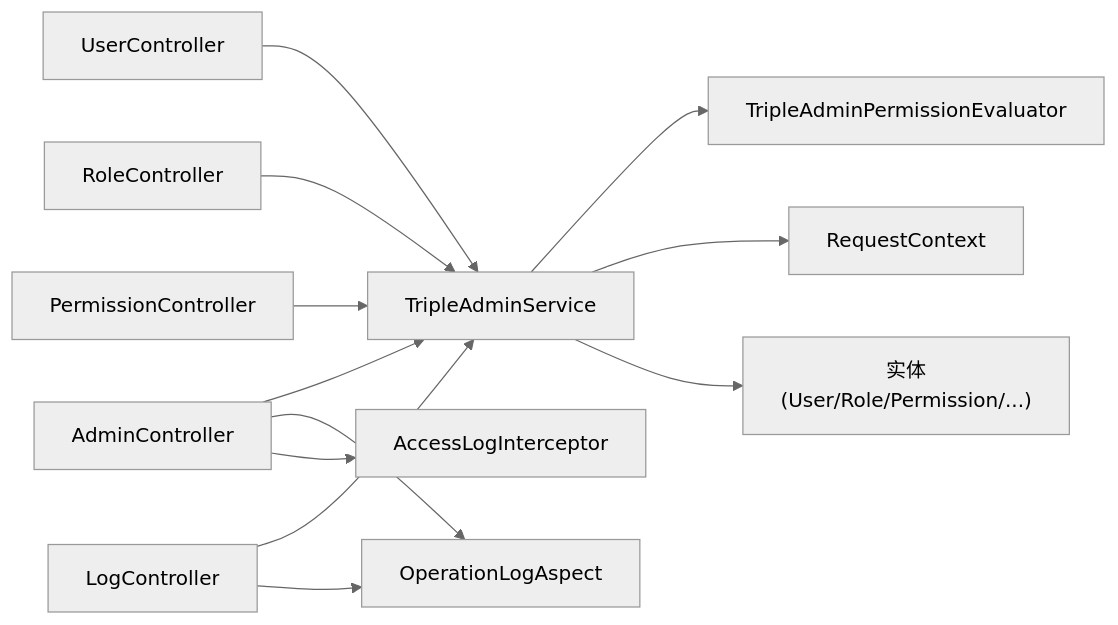
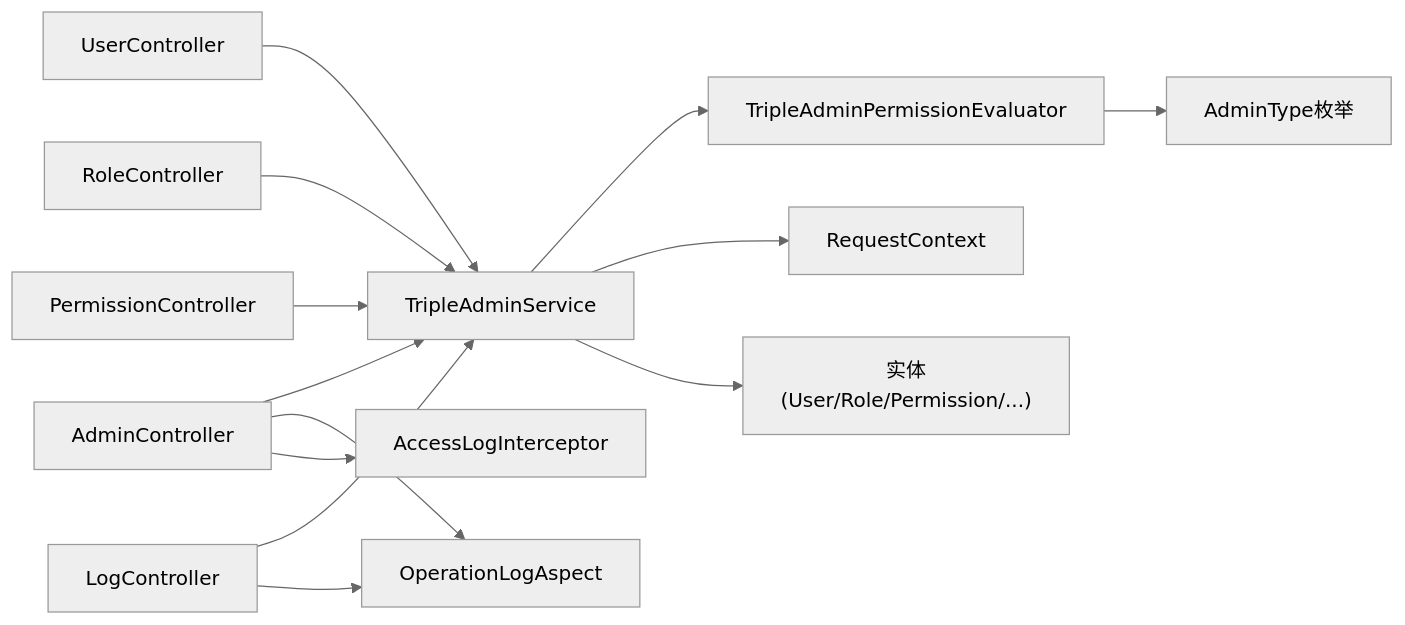
Before and after one commit to liming-lihaini/workflow: the sixth of 6 diagrams in .qoder/repowiki/zh/content/权限控制系统/三员管理体系.md, drawn with Mermaid (neutral theme). The commit also changed other lines of this file and 46 other files, not shown here.

````diff
--- a/.qoder/repowiki/zh/content/权限控制系统/三员管理体系.md
+++ b/.qoder/repowiki/zh/content/权限控制系统/三员管理体系.md
@@ -402,14 +441,15 @@
 ```mermaid
 graph LR
 AC["AdminController"] --> SVC["TripleAdminService"]
 UC["UserController"] --> SVC
 RC["RoleController"] --> SVC
 PC["PermissionController"] --> SVC
 LC["LogController"] --> SVC
 SVC --> EVAL["TripleAdminPermissionEvaluator"]
 SVC --> CTX["RequestContext"]
 SVC --> ENT["实体(User/Role/Permission/...)"]
 AC --> AOP["OperationLogAspect"]
 LC --> AOP
 AC --> INT["AccessLogInterceptor"]
+EVAL --> ADMIN_TYPE["AdminType枚举"]
 ```
````
